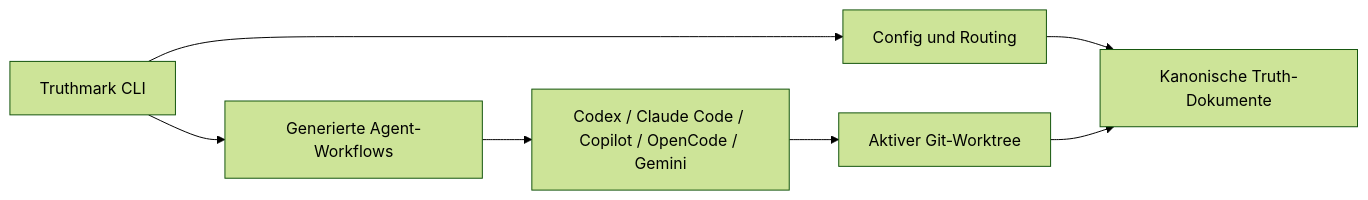
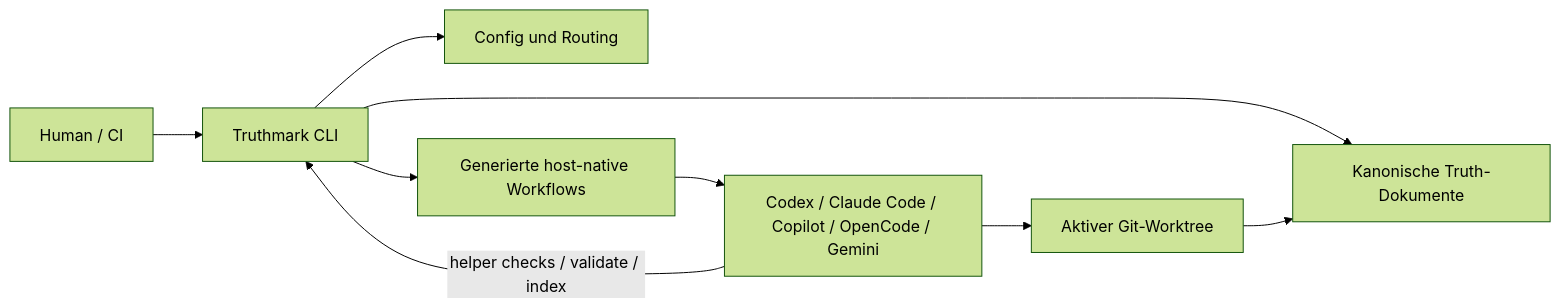
One commit to merlinhu1/truthmark changed the diagram in README.de.md. Above: the diagram before and after it, drawn with Mermaid (forest theme). The commit also changed other lines of this file and 4 other files, not shown here.

First line of the commit message:
docs: show agent CLI feedback loop in README diagram

````diff
--- a/README.de.md
+++ b/README.de.md
@@ -269,9 +269,11 @@
 ```mermaid
 flowchart LR
-  CLI["Truthmark CLI"] --> Config["Config und Routing"]
-  Config --> Truth["Kanonische Truth-Dokumente"]
-  CLI --> Surfaces["Generierte Agent-Workflows"]
+  Human["Human / CI"] --> CLI["Truthmark CLI"]
+  CLI --> Config["Config und Routing"]
+  CLI --> Truth["Kanonische Truth-Dokumente"]
+  CLI --> Surfaces["Generierte host-native Workflows"]
   Surfaces --> Hosts["Codex / Claude Code / Copilot / OpenCode / Gemini"]
   Hosts --> Worktree["Aktiver Git-Worktree"]
+  Hosts -->|"helper checks / validate / index"| CLI
   Worktree --> Truth
 ```
````
